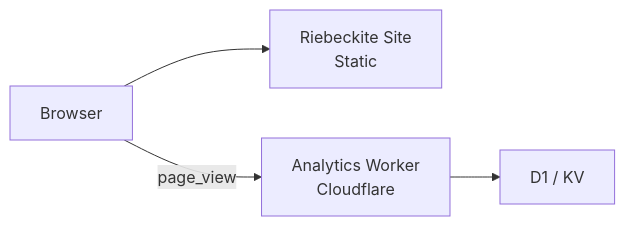
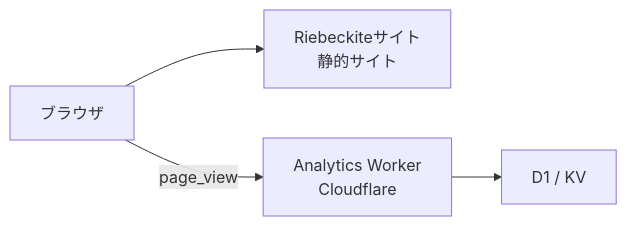
One commit to Rerurate514/riebeckite changed the first of 5 diagrams in docs/docs/guides/analytics.ja.md. Above: the diagram before and after it, drawn with Mermaid. The commit also changed other lines of this file and 310 other files, not shown here.

````diff
--- a/docs/docs/guides/analytics.ja.md
+++ b/docs/docs/guides/analytics.ja.md
@@ -16,11 +14,11 @@
 ```mermaid id="af8k2m"
 flowchart LR
-    Browser["Browser"]
-    Site["Riebeckite Site<br/>Static"]
+    Browser["ブラウザ"]
+    Site["Riebeckiteサイト<br/>静的サイト"]
     Worker["Analytics Worker<br/>Cloudflare"]
     Storage["D1 / KV"]
 
     Browser --> Site
     Browser -->|"page_view"| Worker
     Worker --> Storage
 ```
````
